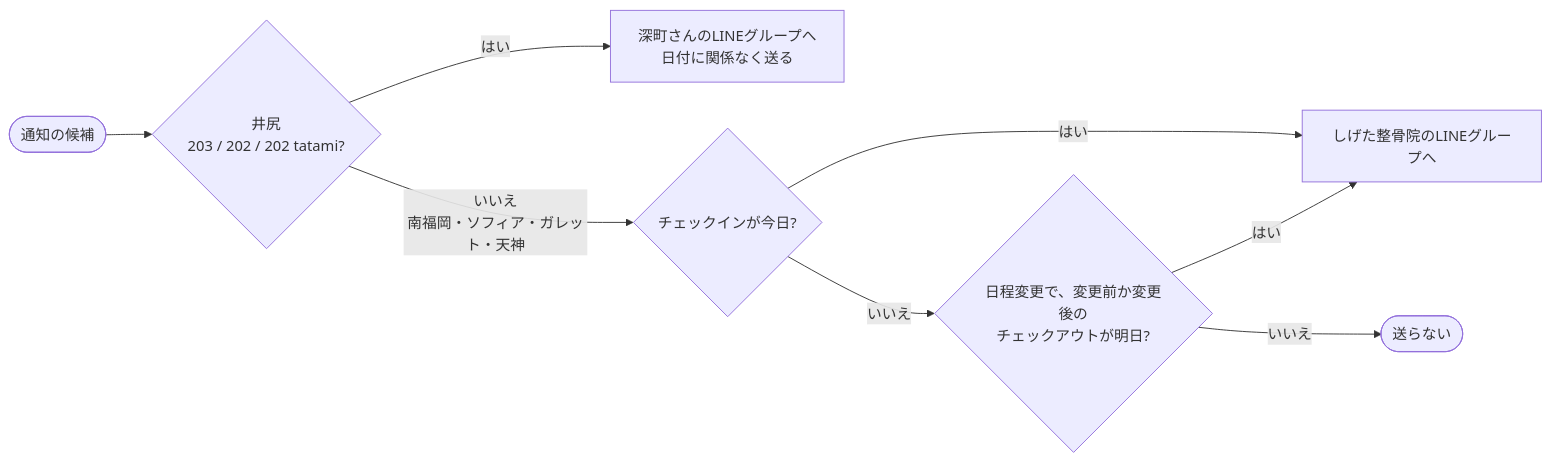
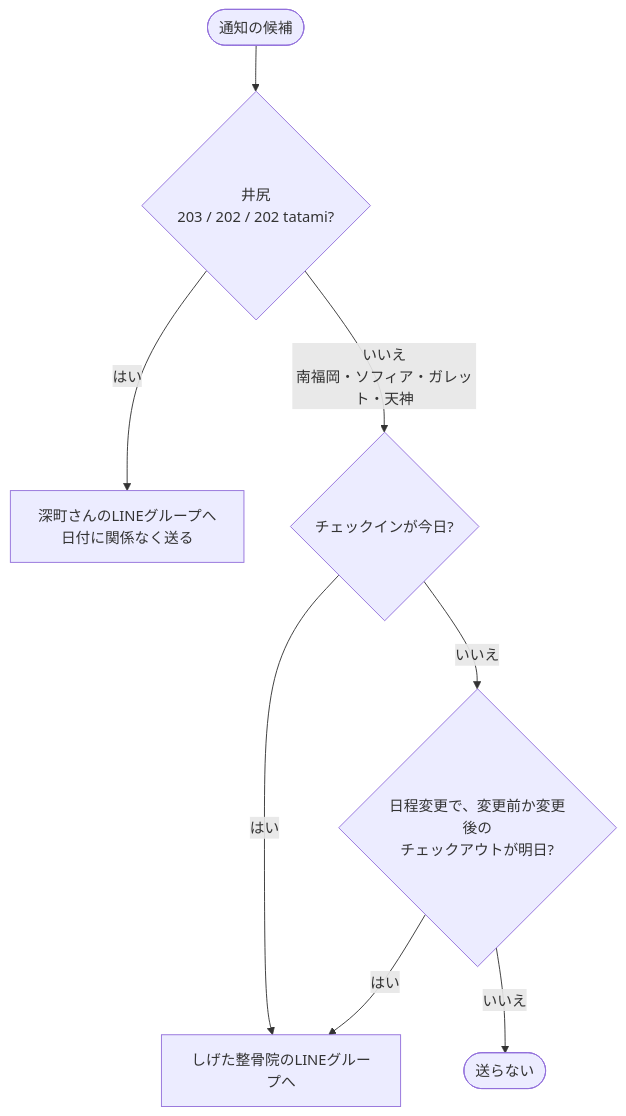
The fourth of 4 diagrams in REQUIREMENTS.md (ichika4561/minpaku-reservation-notifier), drawn with Mermaid before and after one commit.

Commit message:
docs: 通知先の判定の図を縦向きに戻す

````diff
--- a/REQUIREMENTS.md
+++ b/REQUIREMENTS.md
@@ -95,10 +95,10 @@
 ```mermaid
-flowchart LR
+flowchart TD
     A([通知の候補]) --> I{井尻<br/>203 / 202 / 202 tatami?}
     I -- はい --> FUKA[深町さんのLINEグループへ<br/>日付に関係なく送る]
     I -- いいえ<br/>南福岡・ソフィア・ガレット・天神 --> T{チェックインが今日?}
     T -- はい --> SHIGE[しげた整骨院のLINEグループへ]
     T -- いいえ --> K{日程変更で、変更前か変更後の<br/>チェックアウトが明日?}
     K -- はい --> SHIGE
     K -- いいえ --> NONE([送らない])
 ```
````
